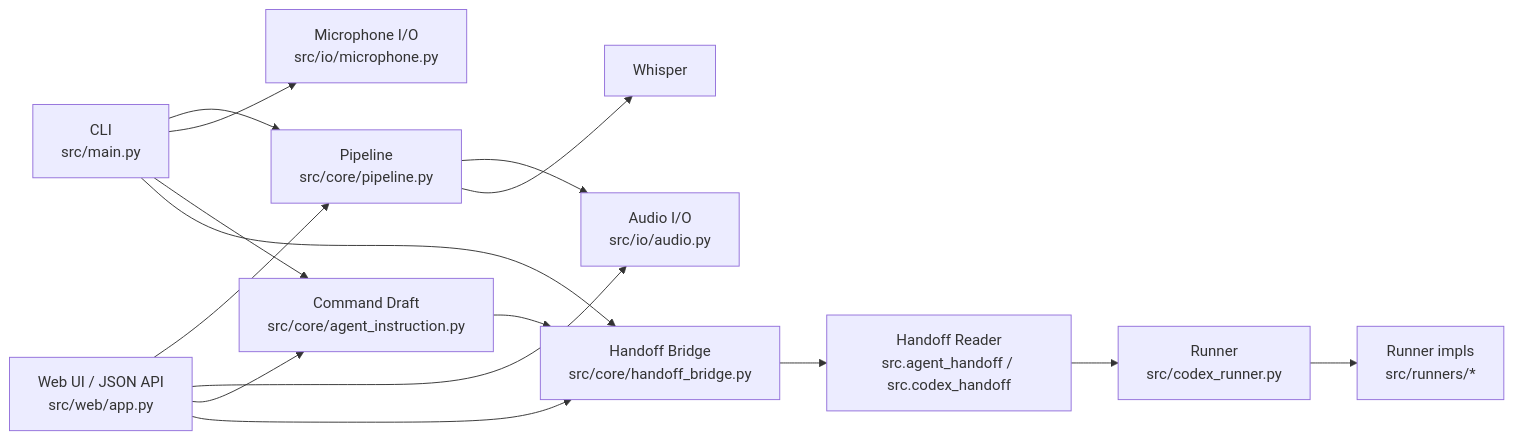
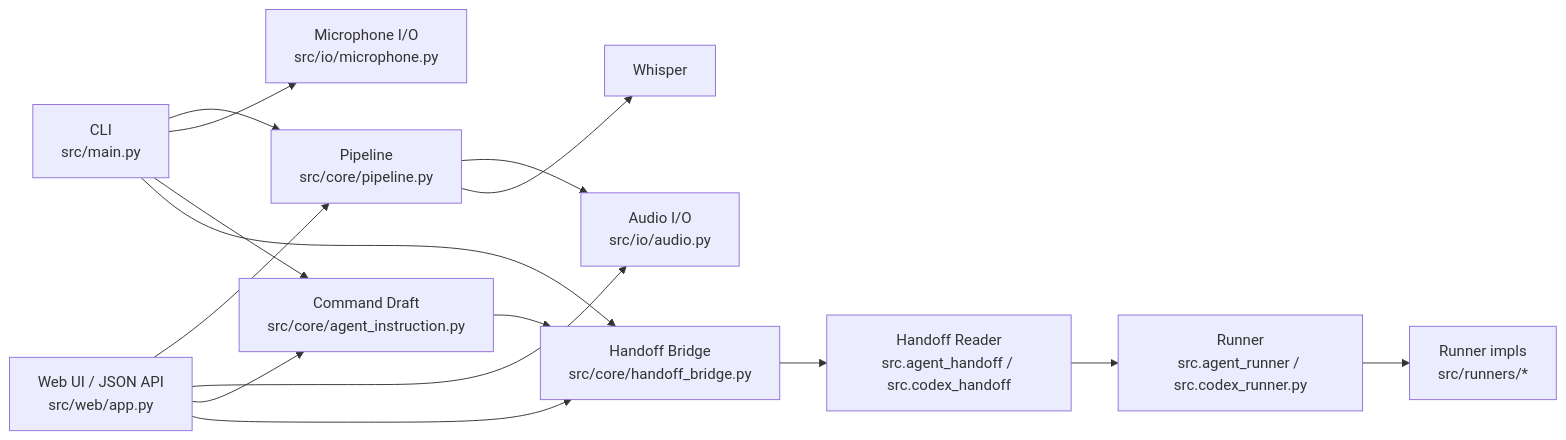
One commit to hiro-collab/ai_talk_core changed the first of 3 diagrams in README.md. Above: the diagram before and after it, drawn with Mermaid. The commit also changed other lines of this file and 5 other files, not shown here.

````diff
--- a/README.md
+++ b/README.md
@@ -17,29 +17,29 @@
 ```mermaid
 flowchart LR
     CLI["CLI\nsrc/main.py"]
     WEB["Web UI / JSON API\nsrc/web/app.py"]
     PIPE["Pipeline\nsrc/core/pipeline.py"]
     MIC["Microphone I/O\nsrc/io/microphone.py"]
     AUDIO["Audio I/O\nsrc/io/audio.py"]
     DRAFT["Command Draft\nsrc/core/agent_instruction.py"]
     BRIDGE["Handoff Bridge\nsrc/core/handoff_bridge.py"]
     HANDOFF["Handoff Reader\nsrc.agent_handoff / src.codex_handoff"]
-    RUNNER["Runner\nsrc/codex_runner.py"]
+    RUNNER["Runner\nsrc.agent_runner / src.codex_runner.py"]
     RUNNER_IMPL["Runner impls\nsrc/runners/*"]
     WHISPER["Whisper"]
 
     CLI --> PIPE
     WEB --> PIPE
     CLI --> MIC
     WEB --> AUDIO
     PIPE --> AUDIO
     PIPE --> WHISPER
     CLI --> DRAFT
     WEB --> DRAFT
     DRAFT --> BRIDGE
     CLI --> BRIDGE
     WEB --> BRIDGE
     BRIDGE --> HANDOFF
     HANDOFF --> RUNNER
     RUNNER --> RUNNER_IMPL
 ```
````
